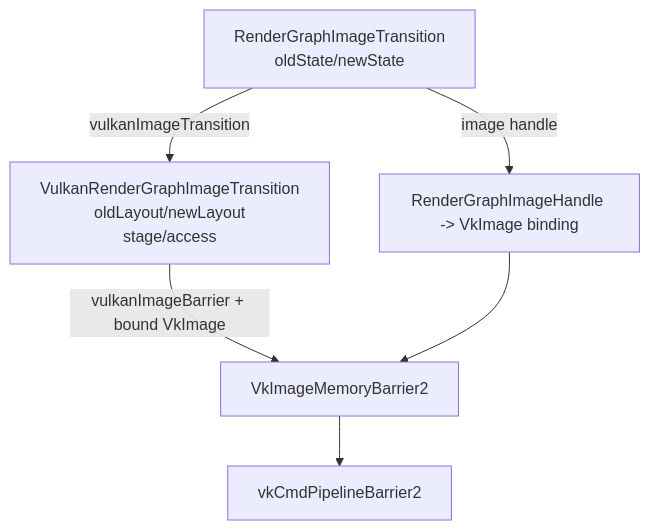
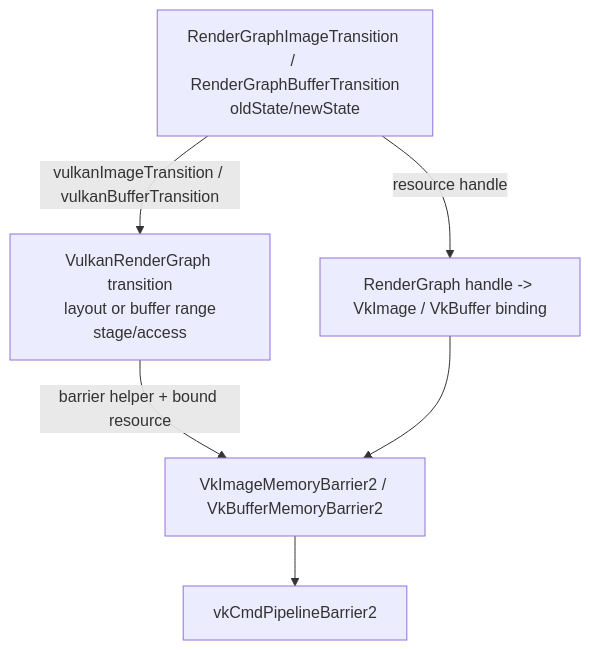
Diagram 13 of 14 in docs/flow-architecture.md (66six11/Engine), drawn with Mermaid before and after one commit. The commit also changed other lines of this file and 5 other files, not shown here.

Commit message:
feat(rendergraph): map buffer barriers to vulkan

````diff
--- a/docs/flow-architecture.md
+++ b/docs/flow-architecture.md
@@ -600,14 +600,14 @@
 ```mermaid
 flowchart TD
-    RGTransition["RenderGraphImageTransition<br/>oldState/newState"]
-    Binding["RenderGraphImageHandle -> VkImage binding"]
-    VkTransition["VulkanRenderGraphImageTransition<br/>oldLayout/newLayout<br/>stage/access"]
-    Barrier["VkImageMemoryBarrier2"]
+    RGTransition["RenderGraphImageTransition / RenderGraphBufferTransition<br/>oldState/newState"]
+    Binding["RenderGraph handle -> VkImage / VkBuffer binding"]
+    VkTransition["VulkanRenderGraph transition<br/>layout or buffer range<br/>stage/access"]
+    Barrier["VkImageMemoryBarrier2 / VkBufferMemoryBarrier2"]
     CmdBarrier["vkCmdPipelineBarrier2"]
 
-    RGTransition -->|"vulkanImageTransition"| VkTransition
-    RGTransition -->|"image handle"| Binding
-    VkTransition -->|"vulkanImageBarrier + bound VkImage"| Barrier
+    RGTransition -->|"vulkanImageTransition / vulkanBufferTransition"| VkTransition
+    RGTransition -->|"resource handle"| Binding
+    VkTransition -->|"barrier helper + bound resource"| Barrier
     Binding --> Barrier
     Barrier --> CmdBarrier
 ```
````
